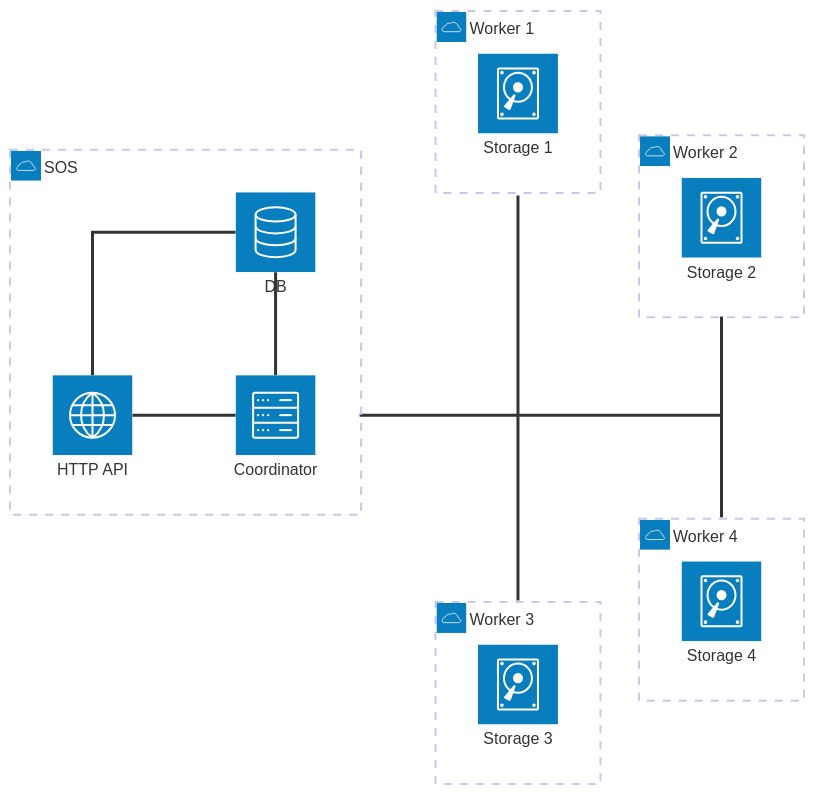
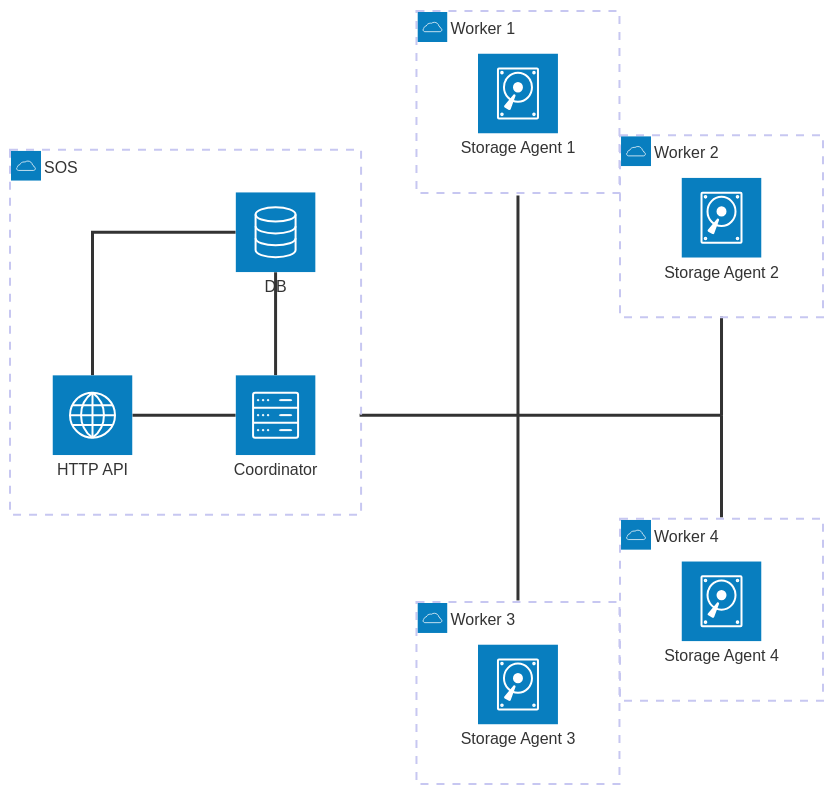
Before and after one commit to sultanowskii/sos: the diagram in design.md, drawn with Mermaid. The commit also changed other lines of this file and 3 other files, not shown here.

Commit message:
switch from term 'storage' to 'storage_agent'

````diff
--- a/design.md
+++ b/design.md
@@ -18,32 +18,32 @@
 ```mermaid
 architecture-beta
     group sos(cloud)[SOS]
     group worker1(cloud)[Worker 1]
     group worker2(cloud)[Worker 2]
     group worker3(cloud)[Worker 3]
     group worker4(cloud)[Worker 4]
 
     junction junctionWorkersCenter
     junction junctionWorkersRight
 
     service http_api(internet)[HTTP API] in sos
     service coordinator(server)[Coordinator] in sos
     service db(database)[DB] in sos
 
     http_api:R -- L:coordinator
     http_api:T -- L:db
     coordinator:T -- B:db
 
-    service storage1(disk)[Storage 1] in worker1
-    service storage2(disk)[Storage 2] in worker2
-    service storage3(disk)[Storage 3] in worker3
-    service storage4(disk)[Storage 4] in worker4
+    service storage1(disk)[Storage Agent 1] in worker1
+    service storage2(disk)[Storage Agent 2] in worker2
+    service storage3(disk)[Storage Agent 3] in worker3
+    service storage4(disk)[Storage Agent 4] in worker4
 
     storage1{group}:B -- T:junctionWorkersCenter
     coordinator{group}:R -- L:junctionWorkersCenter
     storage3{group}:T -- B:junctionWorkersCenter
 
     junctionWorkersCenter:R -- L:junctionWorkersRight
     storage2{group}:B -- T:junctionWorkersRight
     storage4{group}:T -- B:junctionWorkersRight
 ```
````
